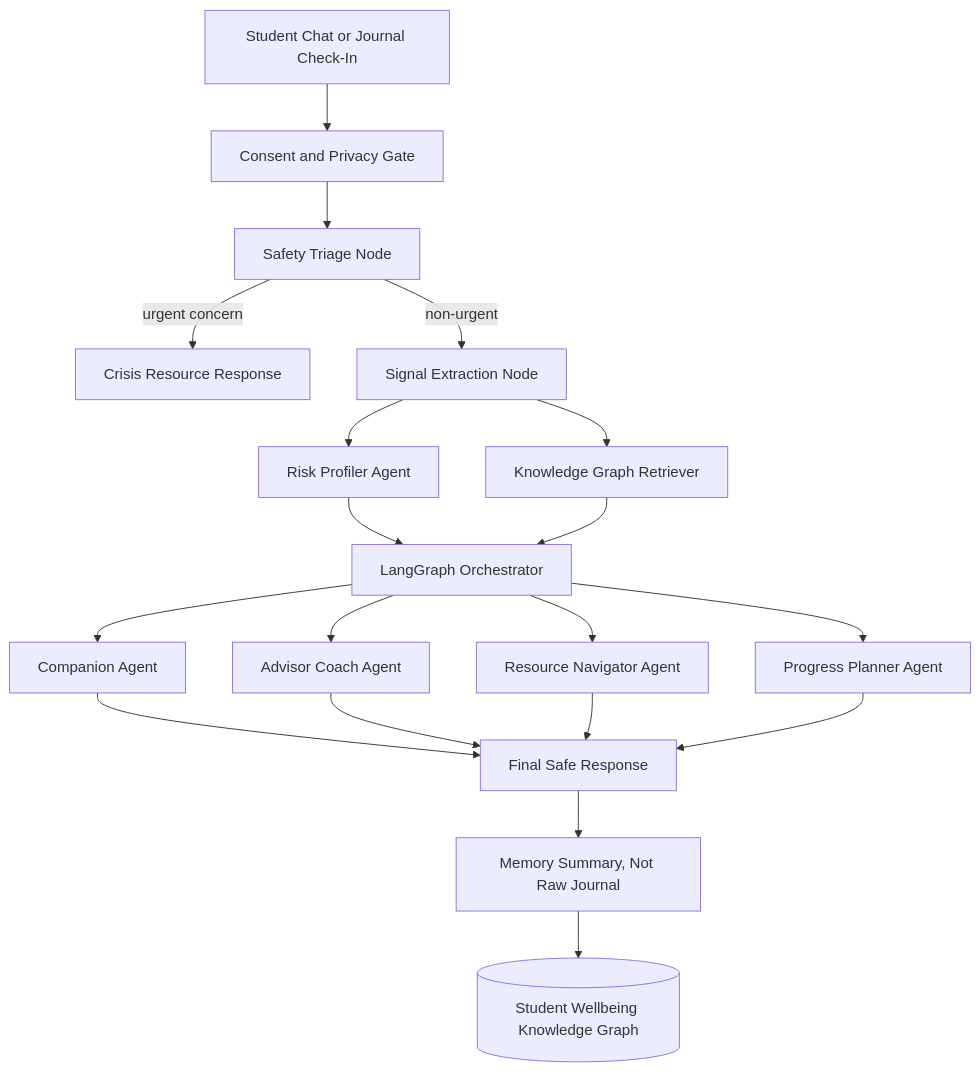
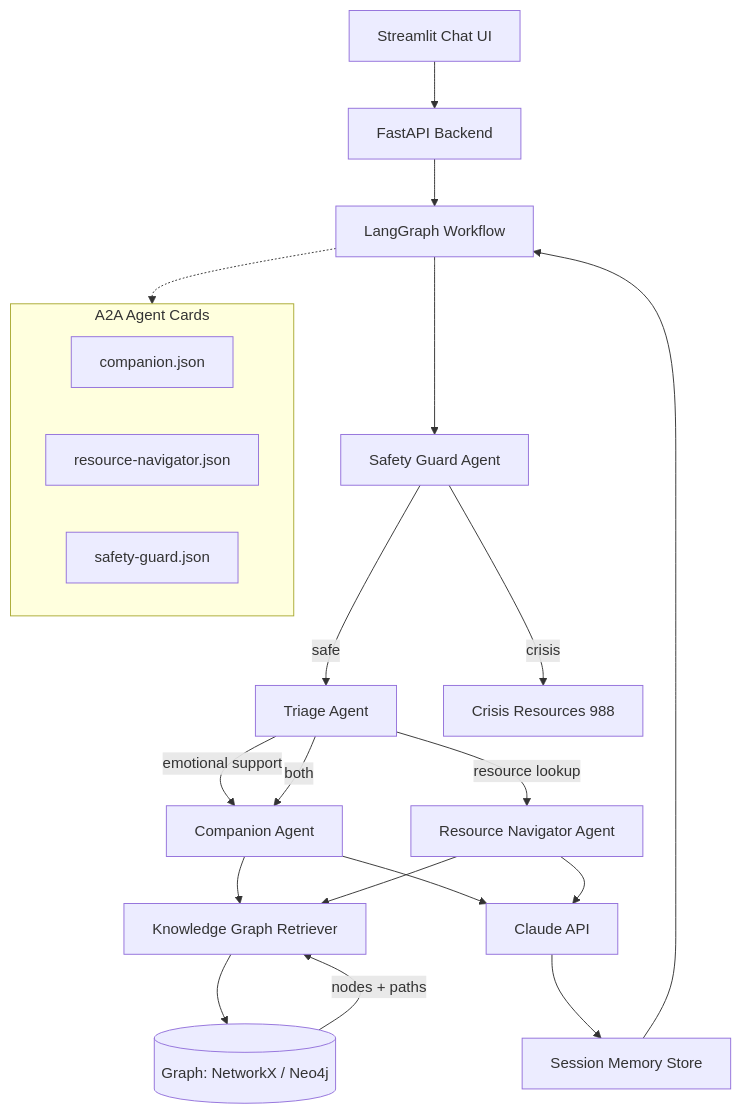
Before and after one commit to GIND123/Anthropic-Healthcare: the diagram in README.md, drawn with Mermaid. The commit also changed other lines of this file, not shown here.

````diff
--- a/README.md
+++ b/README.md
@@ -109,21 +42,32 @@
 ```mermaid
 flowchart TD
-    U[Student Chat or Journal Check-In] --> C[Consent and Privacy Gate]
-    C --> S[Safety Triage Node]
-    S -->|urgent concern| X[Crisis Resource Response]
-    S -->|non-urgent| E[Signal Extraction Node]
-    E --> R[Risk Profiler Agent]
-    E --> K[Knowledge Graph Retriever]
-    R --> O[LangGraph Orchestrator]
-    K --> O
-    O --> P[Companion Agent]
-    O --> A[Advisor Coach Agent]
-    O --> N[Resource Navigator Agent]
-    O --> G[Progress Planner Agent]
-    P --> F[Final Safe Response]
-    A --> F
-    N --> F
-    G --> F
-    F --> M[Memory Summary, Not Raw Journal]
-    M --> KG[(Student Wellbeing Knowledge Graph)]
+    UI[Streamlit Chat UI] --> API[FastAPI Backend]
+    API --> LG[LangGraph Workflow]
+
+    LG --> SA[Safety Guard Agent]
+    SA -->|safe| TA[Triage Agent]
+    SA -->|crisis| CR[Crisis Resources 988]
+
+    TA -->|emotional support| CA[Companion Agent]
+    TA -->|resource lookup| RA[Resource Navigator Agent]
+    TA -->|both| CA
+
+    CA --> KG[Knowledge Graph Retriever]
+    RA --> KG
+
+    KG --> GDB[(Graph: NetworkX / Neo4j)]
+    GDB -->|nodes + paths| KG
+
+    CA --> Claude[Claude API]
+    RA --> Claude
+
+    Claude --> MEM[Session Memory Store]
+    MEM --> LG
+
+    subgraph A2A [A2A Agent Cards]
+        AC[companion.json]
+        AR[resource-navigator.json]
+        AS[safety-guard.json]
+    end
+    LG -.-> A2A
 ```
````
